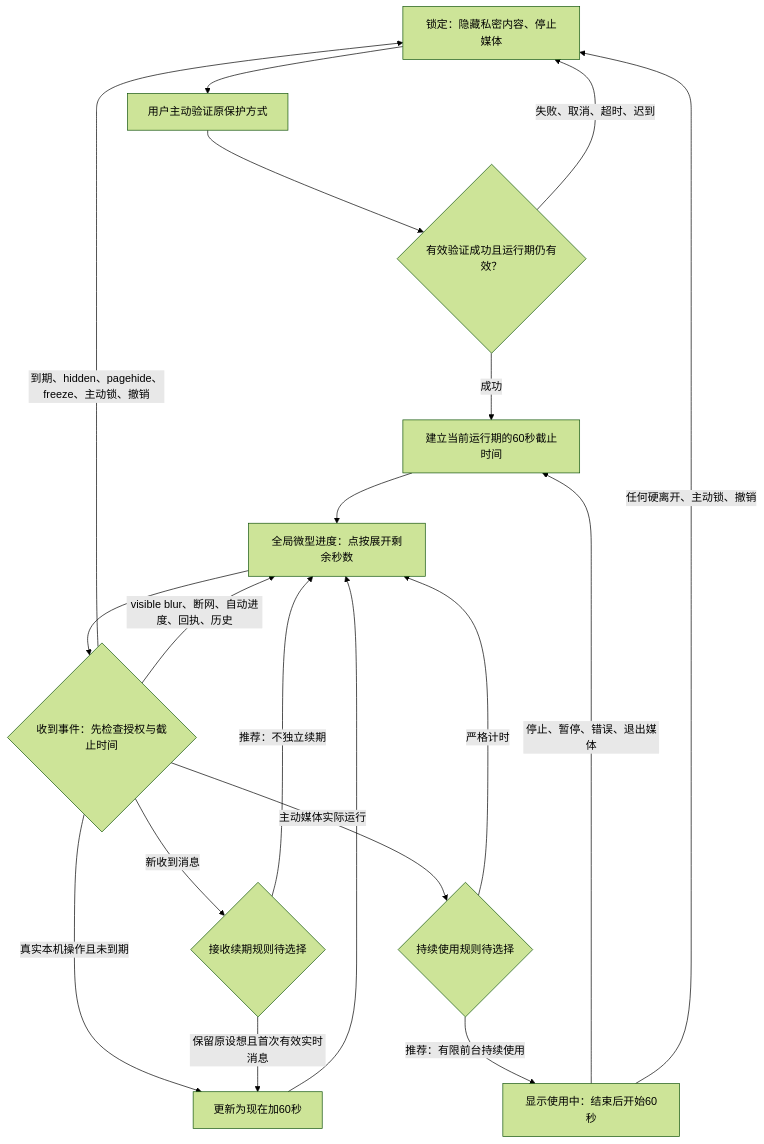
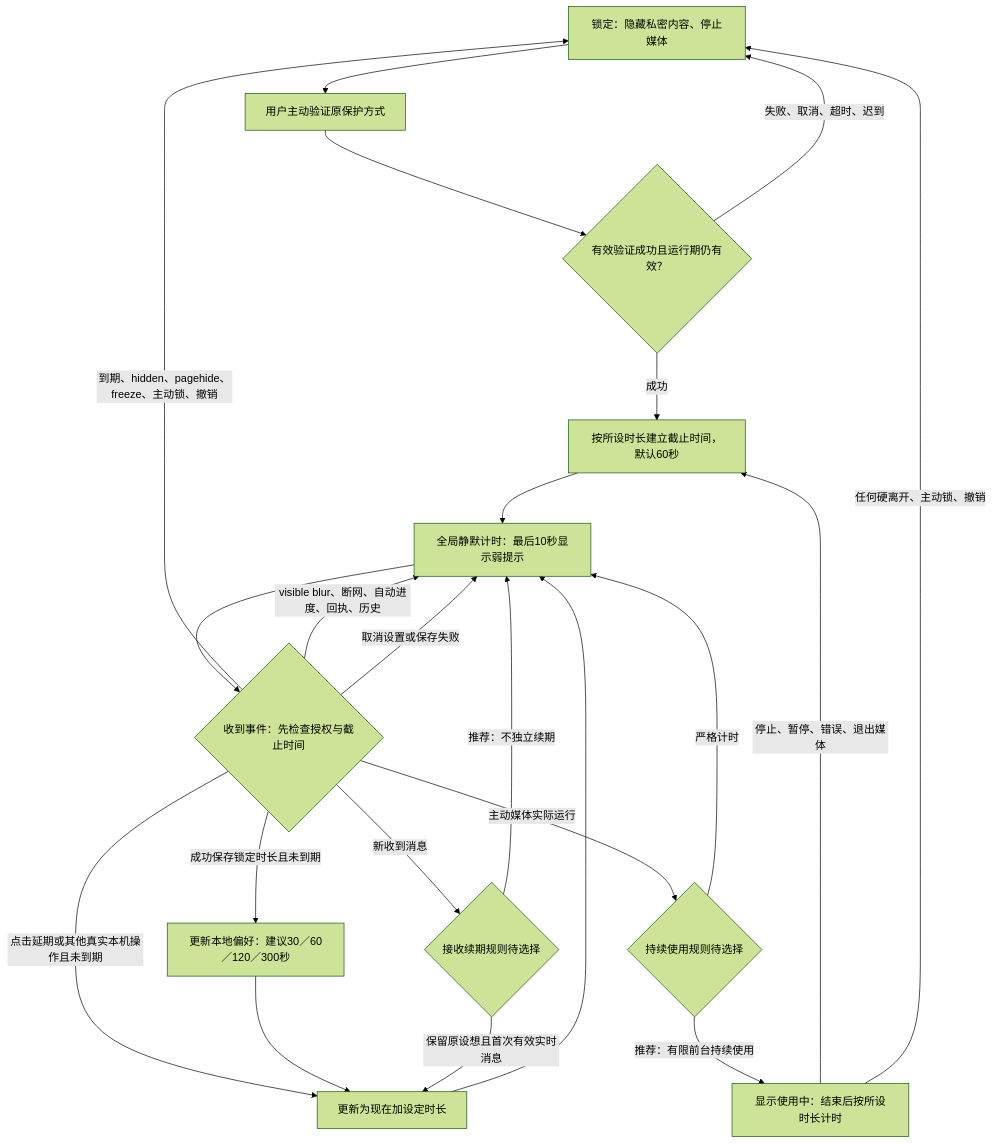
Before and after one commit to zdaiwmm/shui-IM: the diagram in docs/requirements/2026-10-09-global-lock-countdown/flow.md, drawn with Mermaid (forest theme). The commit also changed other lines of this file and 3 other files, not shown here.

````diff
--- a/docs/requirements/2026-10-09-global-lock-countdown/flow.md
+++ b/docs/requirements/2026-10-09-global-lock-countdown/flow.md
@@ -6,21 +6,24 @@
 ```mermaid
 flowchart TD
     L[锁定：隐藏私密内容、停止媒体] --> U[用户主动验证原保护方式]
     U --> A{有效验证成功且运行期仍有效？}
     A -- 失败、取消、超时、迟到 --> L
-    A -- 成功 --> C[建立当前运行期的60秒截止时间]
-    C --> W[全局微型进度：点按展开剩余秒数]
+    A -- 成功 --> C[按所设时长建立截止时间，默认60秒]
+    C --> W[全局静默计时：最后10秒显示弱提示]
     W --> E{收到事件：先检查授权与截止时间}
     E -- 到期、hidden、pagehide、freeze、主动锁、撤销 --> L
-    E -- 真实本机操作且未到期 --> R[更新为现在加60秒]
+    E -- 点击延期或其他真实本机操作且未到期 --> R[更新为现在加设定时长]
     R --> W
     E -- visible blur、断网、自动进度、回执、历史 --> W
+    E -- 成功保存锁定时长且未到期 --> S[更新本地偏好：建议30／60／120／300秒]
+    S --> R
+    E -- 取消设置或保存失败 --> W
     E -- 新收到消息 --> M{接收续期规则待选择}
     M -- 推荐：不独立续期 --> W
     M -- 保留原设想且首次有效实时消息 --> R
     E -- 主动媒体实际运行 --> P{持续使用规则待选择}
     P -- 严格计时 --> W
-    P -- 推荐：有限前台持续使用 --> B[显示使用中：结束后开始60秒]
+    P -- 推荐：有限前台持续使用 --> B[显示使用中：结束后按所设时长计时]
     B -- 停止、暂停、错误、退出媒体 --> C
     B -- 任何硬离开、主动锁、撤销 --> L
 ```
````
